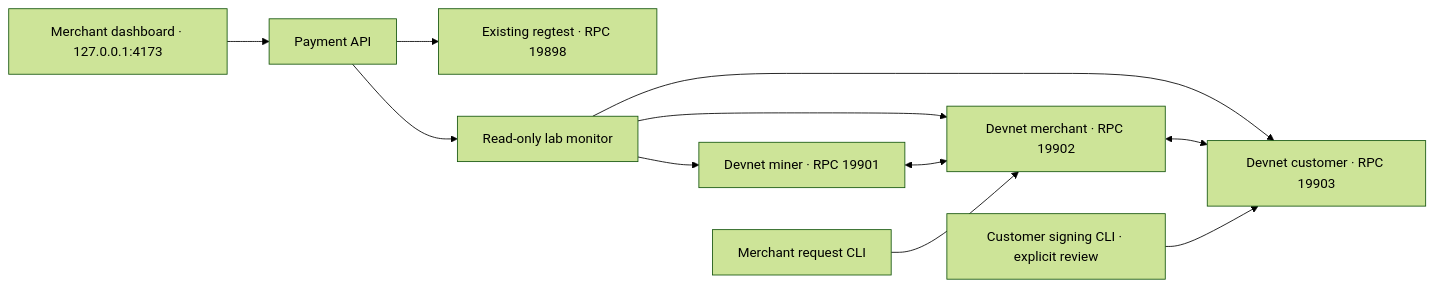
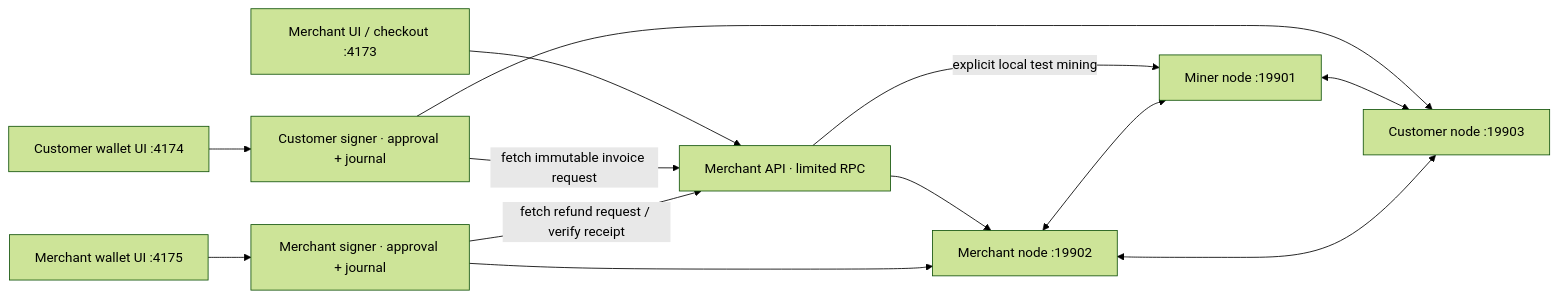
The diagram in payments/docs/ARCHITECTURE.md (leynasis/atlas-pay-core), drawn with Mermaid (forest theme) before and after one commit. The commit also changed other lines of this file and 40 other files, not shown here.

Commit message:
Integrate devnet checkout with customer and merchant wallets

````diff
--- a/payments/docs/ARCHITECTURE.md
+++ b/payments/docs/ARCHITECTURE.md
@@ -7,13 +5,15 @@
 ```mermaid
 flowchart LR
-  Browser["Merchant dashboard · 127.0.0.1:4173"] --> API["Payment API"]
-  API --> Regtest["Existing regtest · RPC 19898"]
-  API --> Monitor["Read-only lab monitor"]
-  Monitor --> Miner["Devnet miner · RPC 19901"]
-  Monitor --> Merchant["Devnet merchant · RPC 19902"]
-  Monitor --> Customer["Devnet customer · RPC 19903"]
-  Miner <--> Merchant
-  Merchant <--> Customer
-  Request["Merchant request CLI"] --> Merchant
-  Signer["Customer signing CLI · explicit review"] --> Customer
+  Dashboard["Merchant UI / checkout :4173"] --> API["Merchant API · limited RPC"]
+  Buyer["Customer wallet UI :4174"] --> BuyerSigner["Customer signer · approval + journal"]
+  Refund["Merchant wallet UI :4175"] --> RefundSigner["Merchant signer · approval + journal"]
+  BuyerSigner -->|fetch immutable invoice request| API
+  RefundSigner -->|fetch refund request / verify receipt| API
+  API --> Merchant["Merchant node :19902"]
+  BuyerSigner --> Customer["Customer node :19903"]
+  RefundSigner --> Merchant
+  API -->|explicit local test mining| Miner["Miner node :19901"]
+  Customer <--> Merchant
+  Merchant <--> Miner
+  Miner <--> Customer
 ```
````
